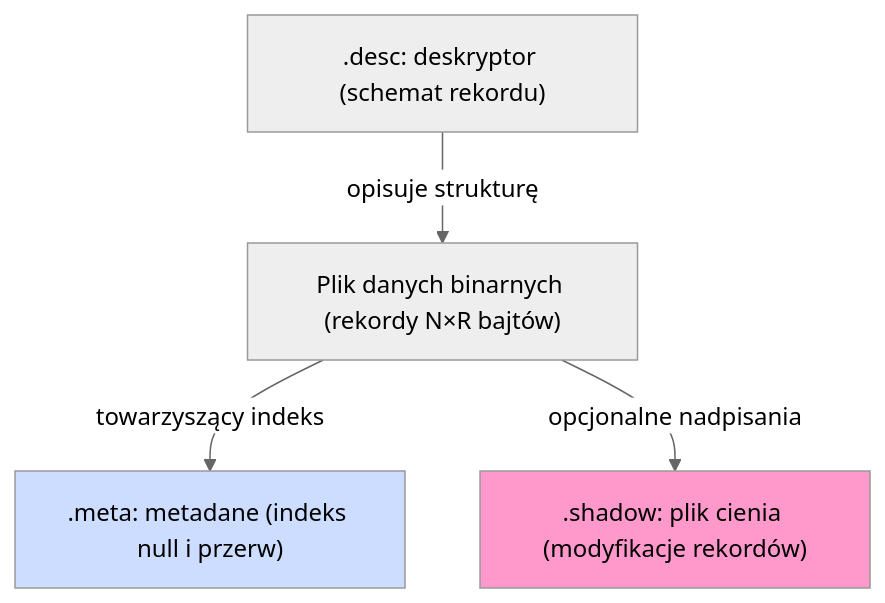
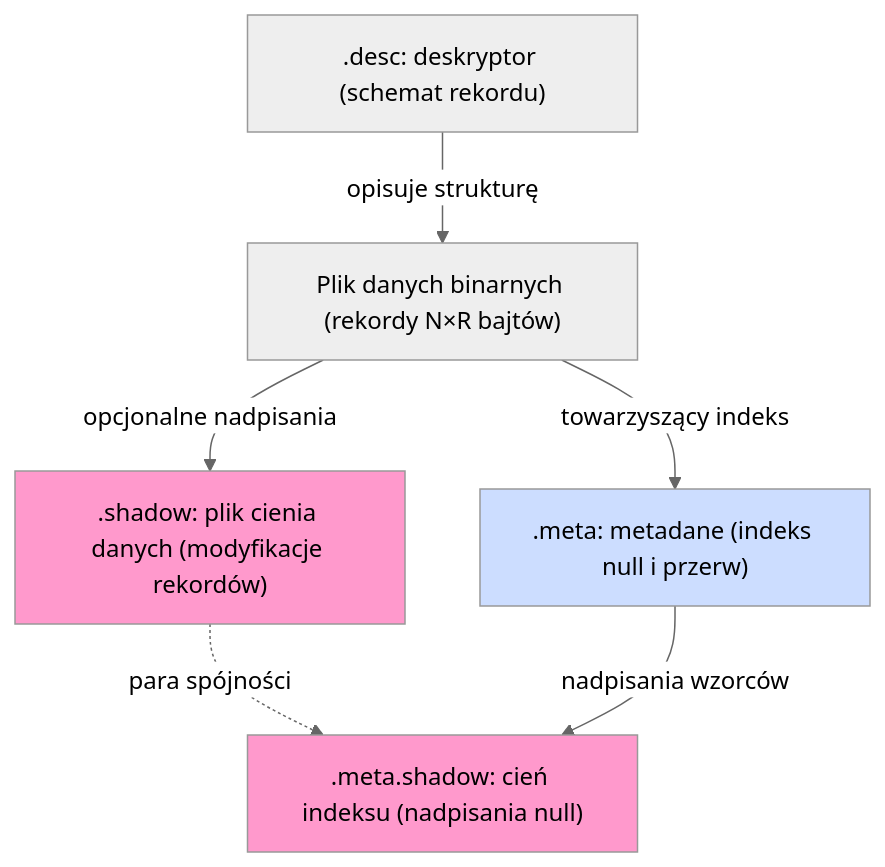
One commit to michalwidera/dokumentacja-rdb changed the diagram in architektura-systemu-przetwarzania-danych/format-zapisu-danych/readme.md. Above: the diagram before and after it, drawn with Mermaid (neutral theme). The commit also changed other lines of this file and 16 other files, not shown here.

````diff
--- a/architektura-systemu-przetwarzania-danych/format-zapisu-danych/readme.md
+++ b/architektura-systemu-przetwarzania-danych/format-zapisu-danych/readme.md
@@ -37,15 +38,19 @@
 ```mermaid
 %% pdf-width: 70%
 graph TD
   D[".desc: deskryptor (schemat rekordu)"]
   B["Plik danych binarnych (rekordy N×R bajtów)"]
   M[".meta: metadane (indeks null i przerw)"]
-  S[".shadow: plik cienia (modyfikacje rekordów)"]
+  S[".shadow: plik cienia danych (modyfikacje rekordów)"]
+  MS[".meta.shadow: cień indeksu (nadpisania null)"]
 
     D -->|"opisuje strukturę"| B
     B -->|"towarzyszący indeks"| M
     B -->|"opcjonalne nadpisania"| S
+    S -.->|"para spójności"| MS
+    M -->|"nadpisania wzorców"| MS
 
     style S fill:#f9c,color:#000
+    style MS fill:#f9c,color:#000
     style M fill:#cdf,color:#000
 ```
````
